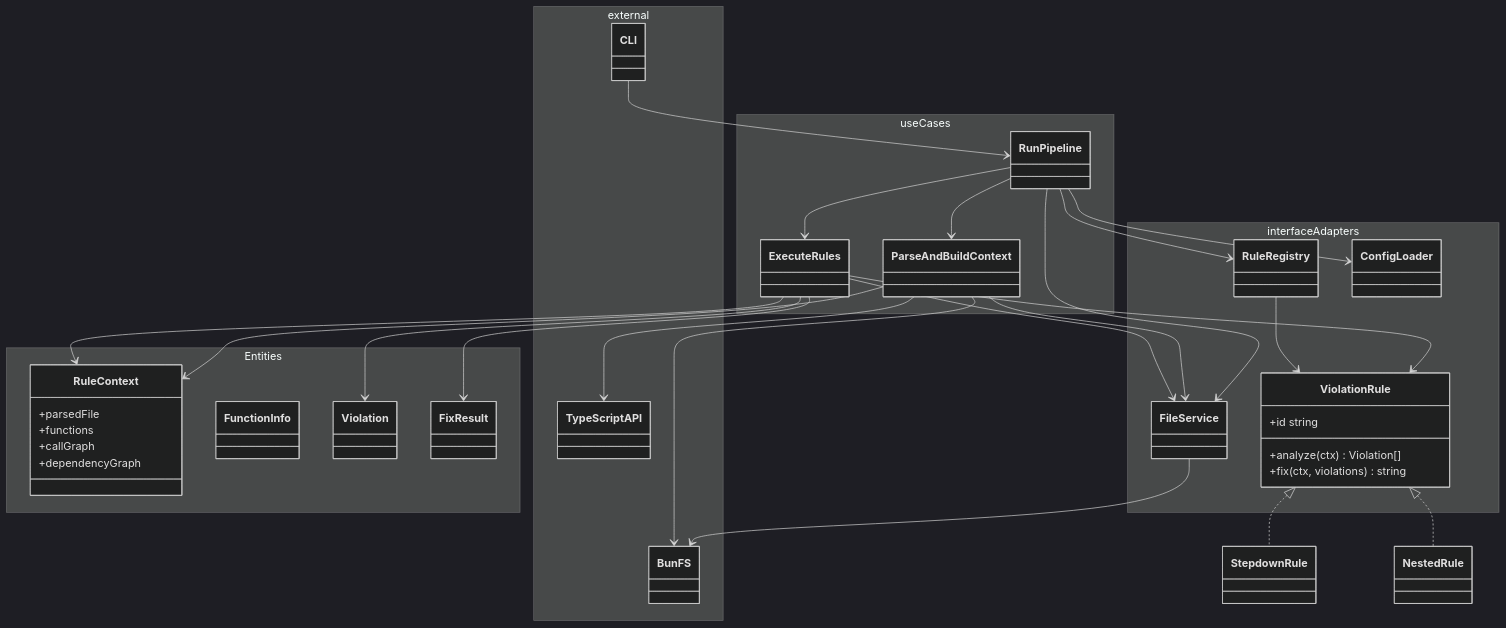
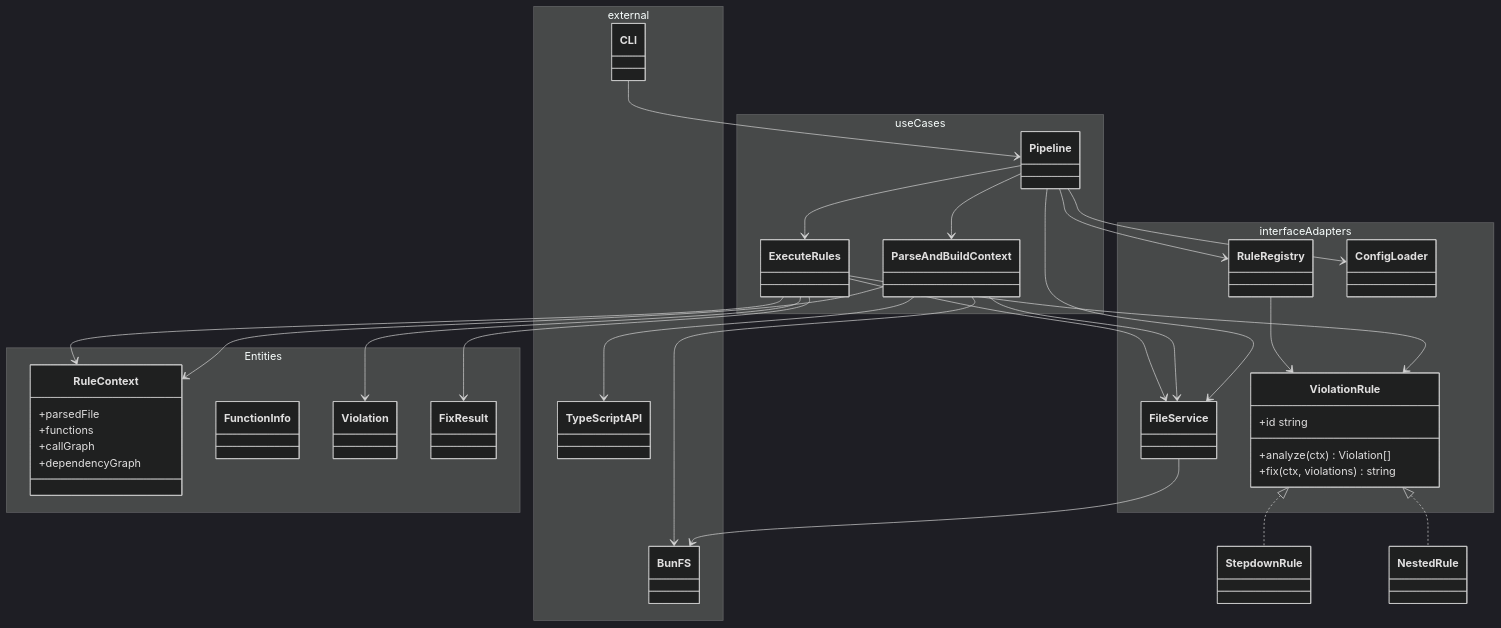
Before and after one commit to graffhyrum/stepdown-rule: the second of 3 diagrams in docs/rule-pipeline-architecture.md, drawn with Mermaid (dark theme). The commit also changed other lines of this file and 66 other files, not shown here.

Commit message:
refactor: extract Pipeline and rule detectors; feat(cli): --format and --dry-run

````diff
--- a/docs/rule-pipeline-architecture.md
+++ b/docs/rule-pipeline-architecture.md
@@ -50,53 +63,53 @@
 ```mermaid
 classDiagram
   namespace Entities {
     class RuleContext
     class FunctionInfo
     class Violation
     class FixResult
   }
   namespace useCases {
-    class RunPipeline
+    class Pipeline
     class ParseAndBuildContext
     class ExecuteRules
   }
   namespace interfaceAdapters {
     class ViolationRule
     class RuleRegistry
     class FileService
     class ConfigLoader
   }
   namespace external {
     class TypeScriptAPI
     class BunFS
     class CLI
   }
 
-  RunPipeline --> ParseAndBuildContext
-  RunPipeline --> ExecuteRules
-  RunPipeline --> RuleRegistry
-  RunPipeline --> FileService
-  RunPipeline --> ConfigLoader
+  Pipeline --> ParseAndBuildContext
+  Pipeline --> ExecuteRules
+  Pipeline --> RuleRegistry
+  Pipeline --> FileService
+  Pipeline --> ConfigLoader
   ParseAndBuildContext --> RuleContext
   ParseAndBuildContext --> TypeScriptAPI
   ParseAndBuildContext --> FileService
   ExecuteRules --> ViolationRule
   ExecuteRules --> RuleContext
   ExecuteRules --> Violation
   ExecuteRules --> FixResult
   ExecuteRules --> FileService
   ViolationRule <|.. StepdownRule
   ViolationRule <|.. NestedRule
   RuleRegistry --> ViolationRule
-  CLI --> RunPipeline
+  CLI --> Pipeline
   FileService --> BunFS
   ParseAndBuildContext --> BunFS
 
   ViolationRule : +id string
   ViolationRule : +analyze(ctx) Violation[]
   ViolationRule : +fix(ctx, violations) string
   RuleContext : +parsedFile
   RuleContext : +functions
   RuleContext : +callGraph
   RuleContext : +dependencyGraph
 ```
````
